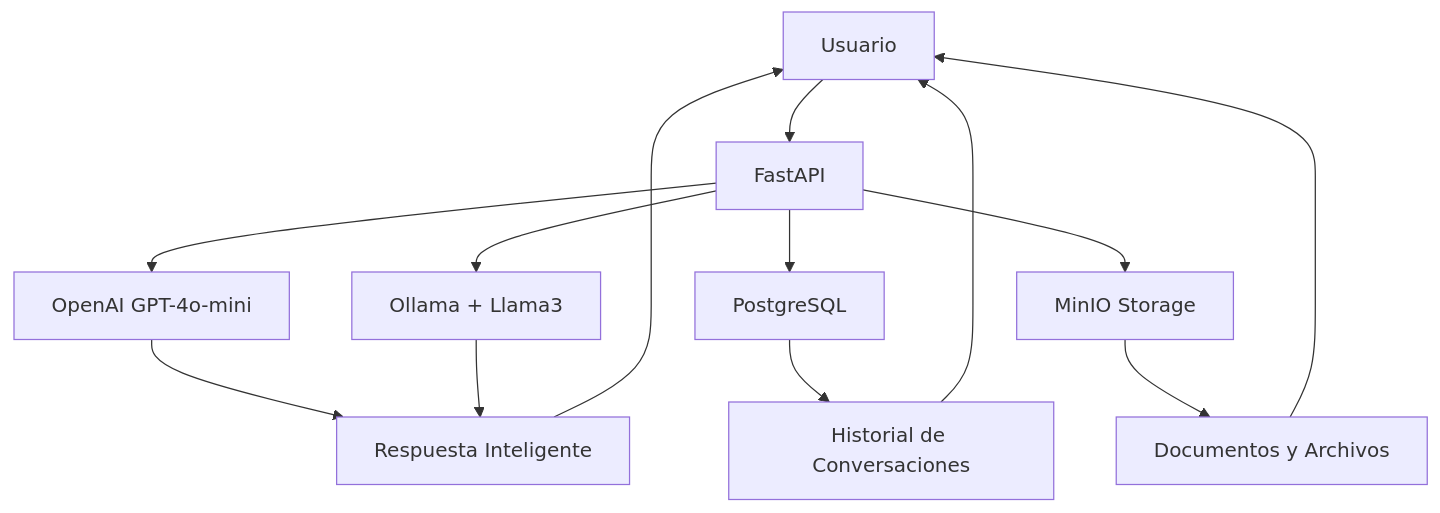
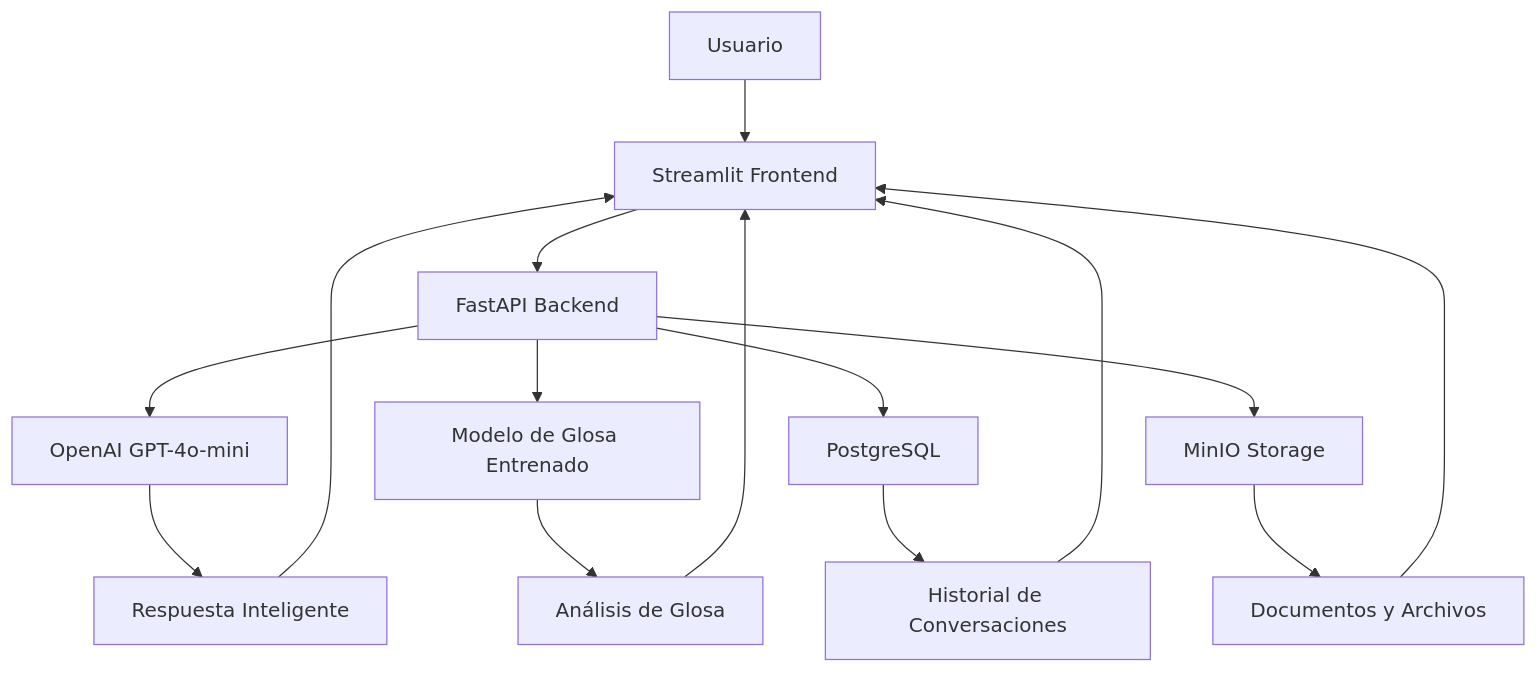
The diagram in README.md (YasminGarcia1210/RED_SALUD_25-2), drawn with Mermaid before and after one commit. The commit also changed other lines of this file, not shown here.

Commit message:
docs: Actualizar README completo con funcionalidades de análisis de glosa y métricas del dataset

````diff
--- a/README.md
+++ b/README.md
@@ -175,17 +223,19 @@
 ```mermaid
 graph TB
-    A[Usuario] --> B[FastAPI]
-    B --> C[OpenAI GPT-4o-mini]
-    B --> D[Ollama + Llama3]
-    B --> E[PostgreSQL]
-    B --> F[MinIO Storage]
+    A[Usuario] --> B[Streamlit Frontend]
+    B --> C[FastAPI Backend]
+    C --> D[OpenAI GPT-4o-mini]
+    C --> E[Modelo de Glosa Entrenado]
+    C --> F[PostgreSQL]
+    C --> G[MinIO Storage]
     
-    C --> G[Respuesta Inteligente]
-    D --> G
-    E --> H[Historial de Conversaciones]
-    F --> I[Documentos y Archivos]
+    D --> H[Respuesta Inteligente]
+    E --> I[Análisis de Glosa]
+    F --> J[Historial de Conversaciones]
+    G --> K[Documentos y Archivos]
     
-    G --> A
-    H --> A
-    I --> A
+    H --> B
+    I --> B
+    J --> B
+    K --> B
 ```
````
